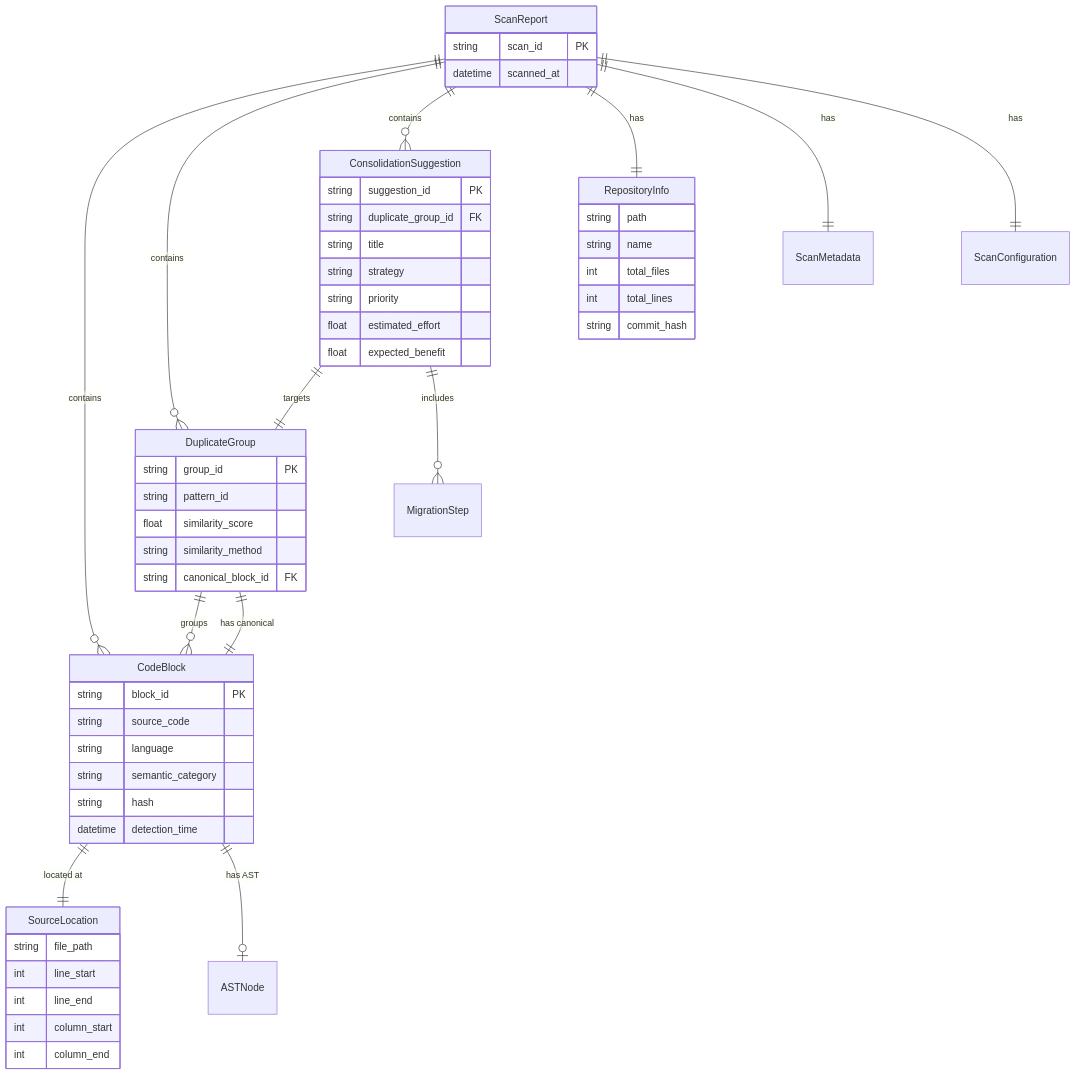
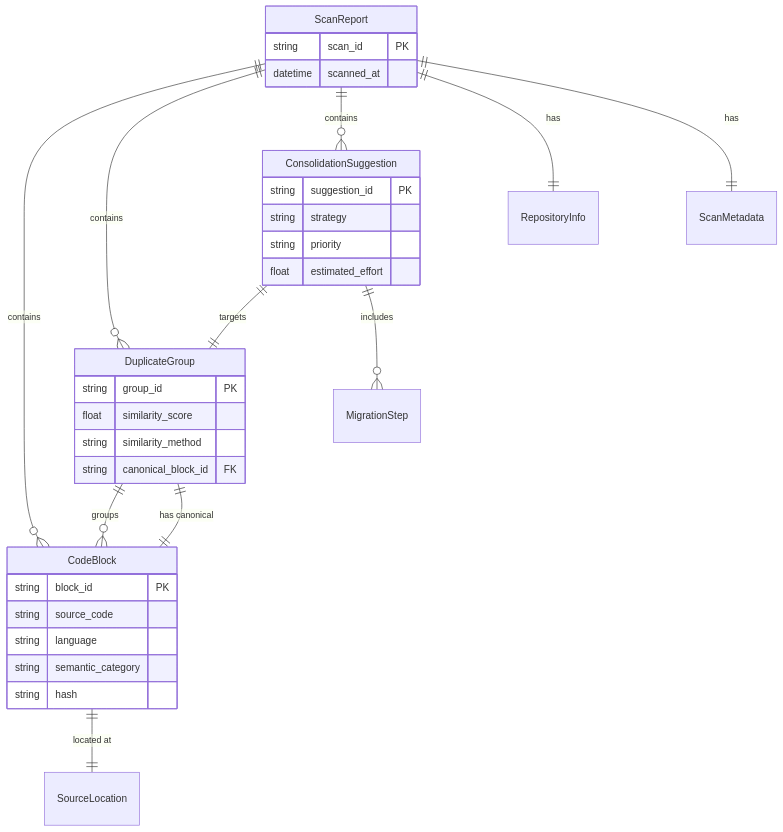
One commit to integritystudio/AlephAuto changed the third of 7 diagrams in docs/dashboard_ui/DATAFLOW_DIAGRAMS.md. Above: the diagram before and after it, drawn with Mermaid. The commit also changed other lines of this file and 1 other file, not shown here.

First line of the commit message:
docs(dashboard): condense DASHBOARD.md and DATAFLOW_DIAGRAMS.md, add changelog

````diff
--- a/docs/dashboard_ui/DATAFLOW_DIAGRAMS.md
+++ b/docs/dashboard_ui/DATAFLOW_DIAGRAMS.md
@@ -453,66 +170,38 @@
 ```mermaid
 erDiagram
     ScanReport ||--o{ CodeBlock : contains
     ScanReport ||--o{ DuplicateGroup : contains
     ScanReport ||--o{ ConsolidationSuggestion : contains
     ScanReport ||--|| RepositoryInfo : has
     ScanReport ||--|| ScanMetadata : has
-    ScanReport ||--|| ScanConfiguration : has
 
     DuplicateGroup ||--o{ CodeBlock : groups
     DuplicateGroup ||--|| CodeBlock : "has canonical"
-
-    ConsolidationSuggestion ||--|| DuplicateGroup : "targets"
+    ConsolidationSuggestion ||--|| DuplicateGroup : targets
     ConsolidationSuggestion ||--o{ MigrationStep : includes
-
     CodeBlock ||--|| SourceLocation : "located at"
-    CodeBlock ||--o| ASTNode : "has AST"
 
     ScanReport {
         string scan_id PK
         datetime scanned_at
     }
-
     CodeBlock {
         string block_id PK
         string source_code
         string language
         string semantic_category
         string hash
-        datetime detection_time
     }
-
     DuplicateGroup {
         string group_id PK
-        string pattern_id
         float similarity_score
         string similarity_method
         string canonical_block_id FK
     }
-
     ConsolidationSuggestion {
         string suggestion_id PK
-        string duplicate_group_id FK
-        string title
         string strategy
         string priority
         float estimated_effort
-        float expected_benefit
-    }
-
-    RepositoryInfo {
-        string path
-        string name
-        int total_files
-        int total_lines
-        string commit_hash
-    }
-
-    SourceLocation {
-        string file_path
-        int line_start
-        int line_end
-        int column_start
-        int column_end
     }
 ```
````
